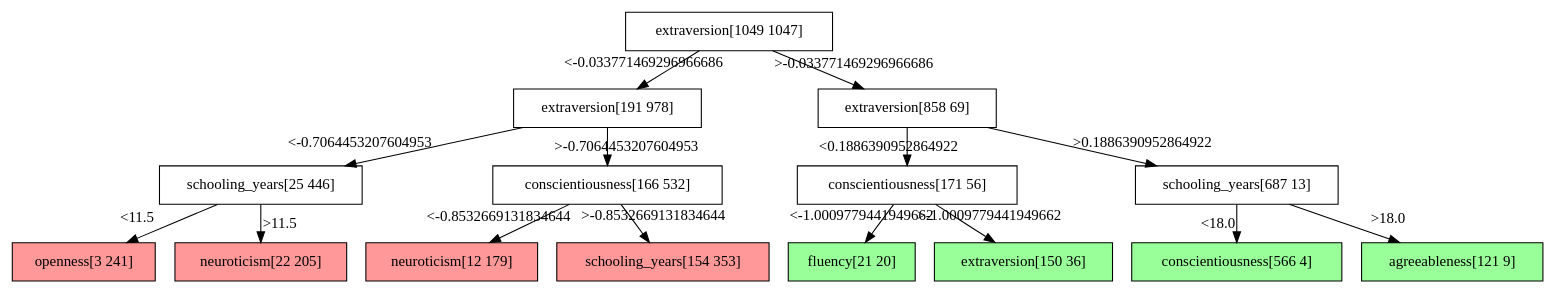
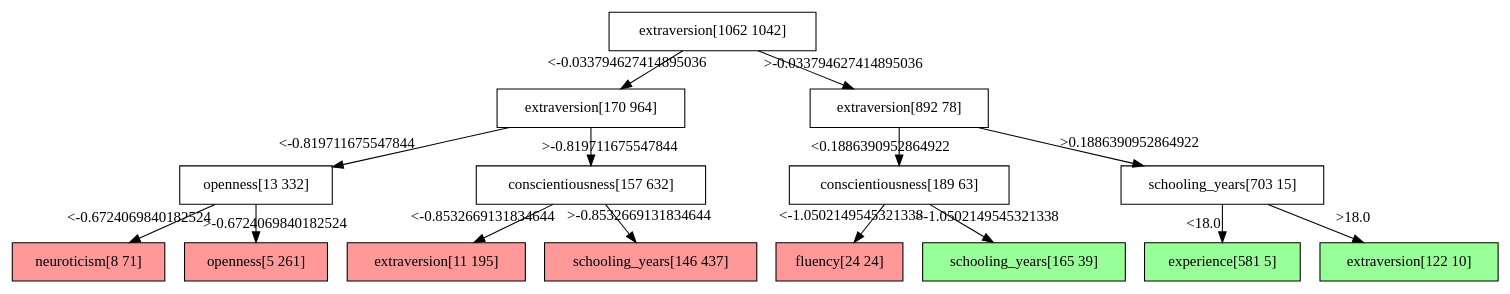
One commit to Poojabl26/Programming-Project changed the diagram in skills_and_wages/bld/out/analysis/decision_tree.dot. Above: the diagram before and after it, drawn with Graphviz. The commit also changed 27 other files, not shown here.

```diff
--- a/skills_and_wages/bld/out/analysis/decision_tree.dot
+++ b/skills_and_wages/bld/out/analysis/decision_tree.dot
@@ -1,32 +1,32 @@
 digraph Tree {
 node [shape=box, style="filled", color="black"] ;
-0 [ label="extraversion[1049 1047]" , fillcolor="#ffffff"] ;
-1 [ label="extraversion[191 978]" , fillcolor="#ffffff"] ;
-0->1 [labeldistance=2.5, labelangle=45, headlabel="<-0.033771469296966686"] ;
-3 [ label="schooling_years[25 446]" , fillcolor="#ffffff"] ;
-1->3 [labeldistance=2.5, labelangle=45, headlabel="<-0.7064453207604953"] ;
-5 [ label="openness[3 241]" , fillcolor="#ff9999"] ;
-3->5 [labeldistance=2.5, labelangle=45, headlabel="<11.5"] ;
-6 [ label="neuroticism[22 205]" , fillcolor="#ff9999"] ;
-3->6 [labeldistance=2.5, labelangle=-45, headlabel=">11.5"] ;
-4 [ label="conscientiousness[166 532]" , fillcolor="#ffffff"] ;
-1->4 [labeldistance=2.5, labelangle=-45, headlabel=">-0.7064453207604953"] ;
-7 [ label="neuroticism[12 179]" , fillcolor="#ff9999"] ;
+0 [ label="extraversion[1062 1042]" , fillcolor="#ffffff"] ;
+1 [ label="extraversion[170 964]" , fillcolor="#ffffff"] ;
+0->1 [labeldistance=2.5, labelangle=45, headlabel="<-0.033794627414895036"] ;
+3 [ label="openness[13 332]" , fillcolor="#ffffff"] ;
+1->3 [labeldistance=2.5, labelangle=45, headlabel="<-0.819711675547844"] ;
+5 [ label="neuroticism[8 71]" , fillcolor="#ff9999"] ;
+3->5 [labeldistance=2.5, labelangle=45, headlabel="<-0.6724069840182524"] ;
+6 [ label="openness[5 261]" , fillcolor="#ff9999"] ;
+3->6 [labeldistance=2.5, labelangle=-45, headlabel=">-0.6724069840182524"] ;
+4 [ label="conscientiousness[157 632]" , fillcolor="#ffffff"] ;
+1->4 [labeldistance=2.5, labelangle=-45, headlabel=">-0.819711675547844"] ;
+7 [ label="extraversion[11 195]" , fillcolor="#ff9999"] ;
 4->7 [labeldistance=2.5, labelangle=45, headlabel="<-0.8532669131834644"] ;
-8 [ label="schooling_years[154 353]" , fillcolor="#ff9999"] ;
+8 [ label="schooling_years[146 437]" , fillcolor="#ff9999"] ;
 4->8 [labeldistance=2.5, labelangle=-45, headlabel=">-0.8532669131834644"] ;
-2 [ label="extraversion[858 69]" , fillcolor="#ffffff"] ;
-0->2 [labeldistance=2.5, labelangle=-45, headlabel=">-0.033771469296966686"] ;
-9 [ label="conscientiousness[171 56]" , fillcolor="#ffffff"] ;
+2 [ label="extraversion[892 78]" , fillcolor="#ffffff"] ;
+0->2 [labeldistance=2.5, labelangle=-45, headlabel=">-0.033794627414895036"] ;
+9 [ label="conscientiousness[189 63]" , fillcolor="#ffffff"] ;
 2->9 [labeldistance=2.5, labelangle=45, headlabel="<0.1886390952864922"] ;
-11 [ label="fluency[21 20]" , fillcolor="#99ff99"] ;
-9->11 [labeldistance=2.5, labelangle=45, headlabel="<-1.0009779441949662"] ;
-12 [ label="extraversion[150 36]" , fillcolor="#99ff99"] ;
-9->12 [labeldistance=2.5, labelangle=-45, headlabel=">-1.0009779441949662"] ;
-10 [ label="schooling_years[687 13]" , fillcolor="#ffffff"] ;
+11 [ label="fluency[24 24]" , fillcolor="#ff9999"] ;
+9->11 [labeldistance=2.5, labelangle=45, headlabel="<-1.0502149545321338"] ;
+12 [ label="schooling_years[165 39]" , fillcolor="#99ff99"] ;
+9->12 [labeldistance=2.5, labelangle=-45, headlabel=">-1.0502149545321338"] ;
+10 [ label="schooling_years[703 15]" , fillcolor="#ffffff"] ;
 2->10 [labeldistance=2.5, labelangle=-45, headlabel=">0.1886390952864922"] ;
-13 [ label="conscientiousness[566 4]" , fillcolor="#99ff99"] ;
+13 [ label="experience[581 5]" , fillcolor="#99ff99"] ;
 10->13 [labeldistance=2.5, labelangle=45, headlabel="<18.0"] ;
-14 [ label="agreeableness[121 9]" , fillcolor="#99ff99"] ;
+14 [ label="extraversion[122 10]" , fillcolor="#99ff99"] ;
 10->14 [labeldistance=2.5, labelangle=-45, headlabel=">18.0"] ;
 }
```
